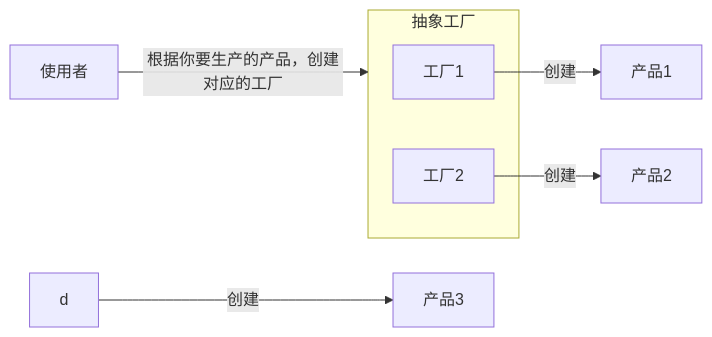
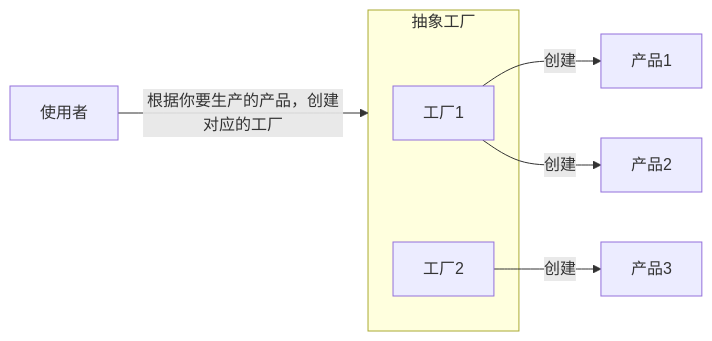
Before and after one commit to poppop9/obsidian: the third of 3 diagrams in 计算机/设计模式/创建型模式.md, drawn with Mermaid.

Commit message:
vault backup: 2024-07-05 08:58:20

````diff
--- a/计算机/设计模式/创建型模式.md
+++ b/计算机/设计模式/创建型模式.md
@@ -171,12 +171,12 @@
 ```mermaid
 graph LR
 	subgraph 抽象工厂
 		b[工厂1]
 		c[工厂2]
     end
 
 	a[使用者]--根据你要生产的产品，创建对应的工厂-->抽象工厂
 	b--创建-->产品1
-	c--创建-->产品2
-	d--创建-->产品3
+	b--创建-->产品2
+	c--创建-->产品3
 ```
````
